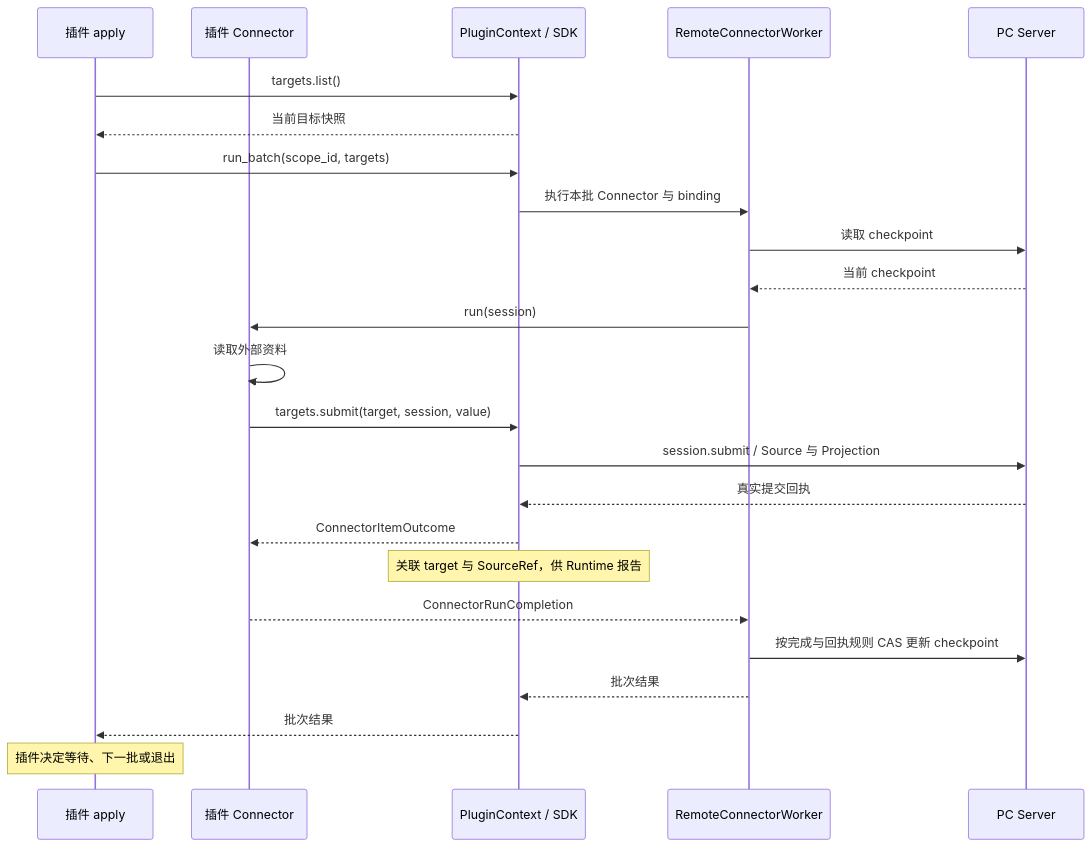
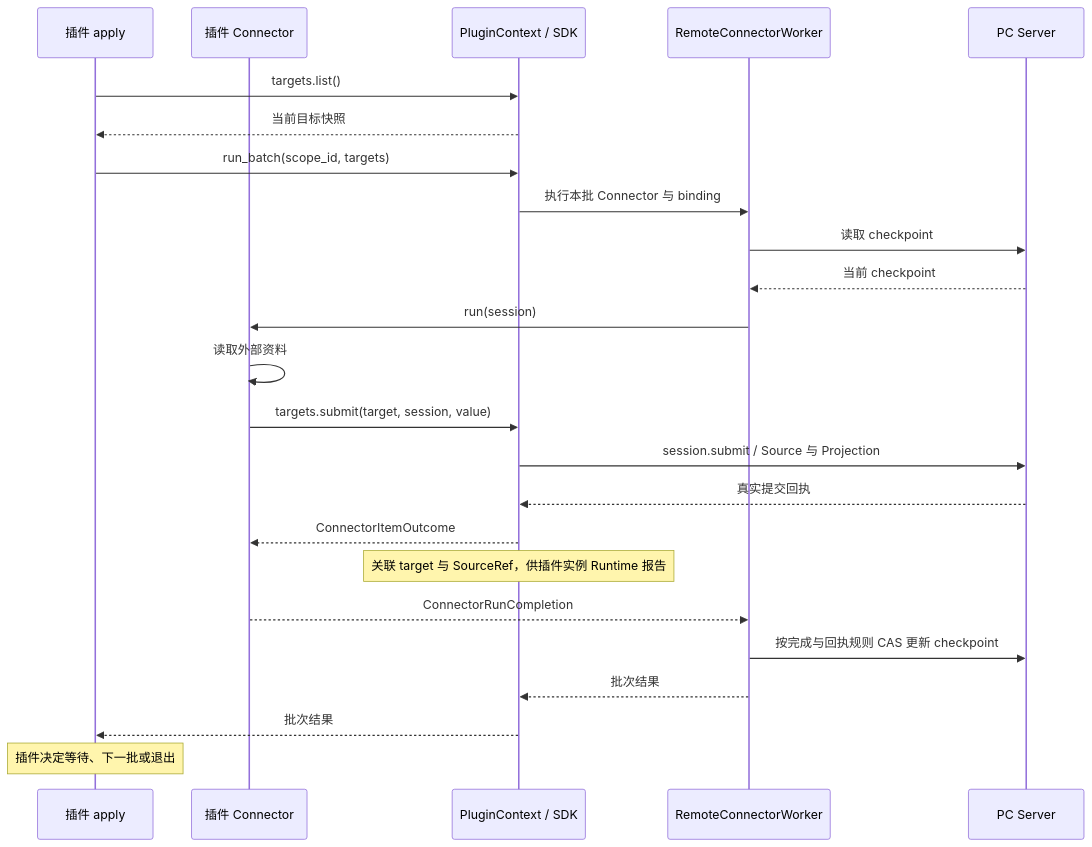
The third of 5 diagrams in docs/zh/rfcs/0000-source-plugin-system.md (2397819368a-oss/powercontext-2026), drawn with Mermaid before and after one commit. The commit also changed other lines of this file and 1 other file, not shown here.

Commit message:
docs(rfc): streamline source plugin proposal

````diff
--- a/docs/zh/rfcs/0000-source-plugin-system.md
+++ b/docs/zh/rfcs/0000-source-plugin-system.md
@@ -546,26 +265,26 @@
 ```mermaid
 sequenceDiagram
     participant A as 插件 apply
     participant C as 插件 Connector
     participant SDK as PluginContext / SDK
     participant W as RemoteConnectorWorker
     participant S as PC Server
     A->>SDK: targets.list()
     SDK-->>A: 当前目标快照
     A->>SDK: run_batch(scope_id, targets)
     SDK->>W: 执行本批 Connector 与 binding
     W->>S: 读取 checkpoint
     S-->>W: 当前 checkpoint
     W->>C: run(session)
     C->>C: 读取外部资料
     C->>SDK: targets.submit(target, session, value)
     SDK->>S: session.submit / Source 与 Projection
     S-->>SDK: 真实提交回执
     SDK-->>C: ConnectorItemOutcome
-    Note over SDK: 关联 target 与 SourceRef，供 Runtime 报告
+    Note over SDK: 关联 target 与 SourceRef，供插件实例 Runtime 报告
     C-->>W: ConnectorRunCompletion
     W->>S: 按完成与回执规则 CAS 更新 checkpoint
     W-->>SDK: 批次结果
     SDK-->>A: 批次结果
     Note over A: 插件决定等待、下一批或退出
 ```
````
